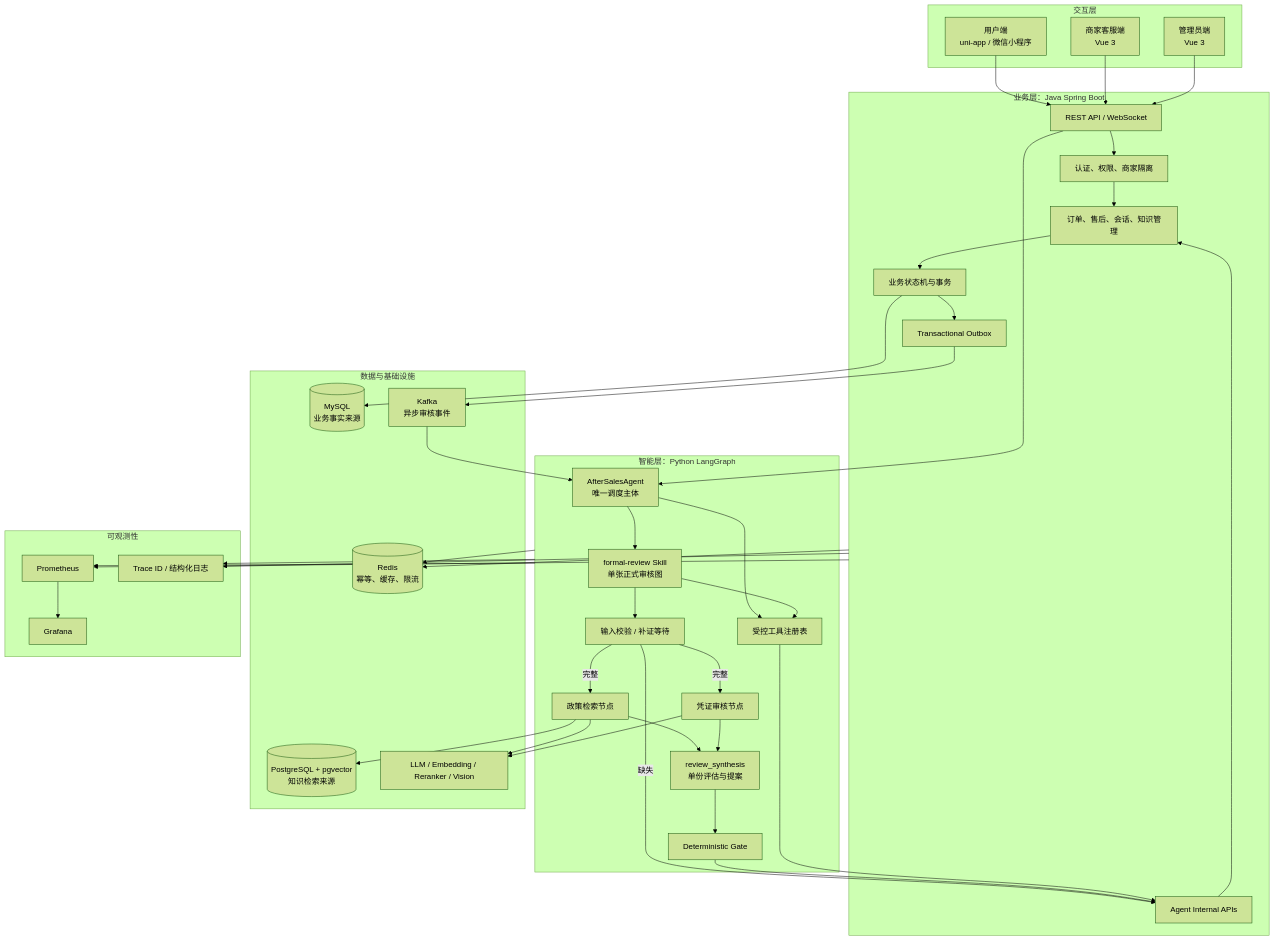
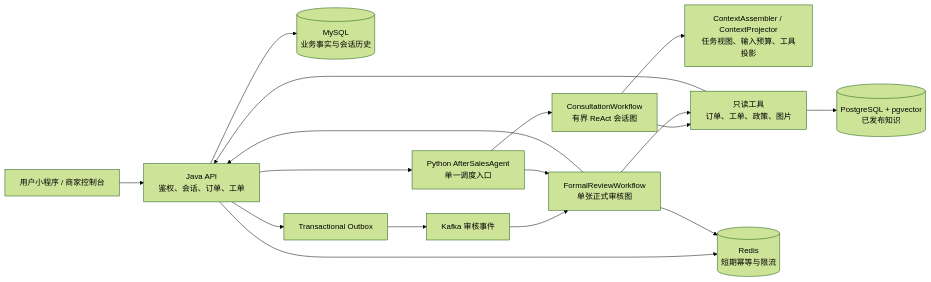
Before and after one commit to yyx758/ecommerce-after-sales-system: the first of 3 diagrams in README.md, drawn with Mermaid (forest theme). The commit also changed other lines of this file and 96 other files, not shown here.

Commit message:
feat: activate after-sales context engineering

````diff
--- a/README.md
+++ b/README.md
@@ -15,73 +7,17 @@
 ```mermaid
-flowchart TB
-    subgraph Client["交互层"]
-        U["用户端<br/>uni-app / 微信小程序"]
-        S["商家客服端<br/>Vue 3"]
-        O["管理员端<br/>Vue 3"]
-    end
-
-    subgraph Java["业务层：Java Spring Boot"]
-        API["REST API / WebSocket"]
-        AUTH["认证、权限、商家隔离"]
-        BIZ["订单、售后、会话、知识管理"]
-        FSM["业务状态机与事务"]
-        IAPI["Agent Internal APIs"]
-        OUTBOX["Transactional Outbox"]
-    end
-
-    subgraph Agent["智能层：Python LangGraph"]
-        CHAT["AfterSalesAgent<br/>唯一调度主体"]
-        REVIEW["formal-review Skill<br/>单张正式审核图"]
-        INPUT["输入校验 / 补证等待"]
-        POLICY["政策检索节点"]
-        EVIDENCE["凭证审核节点"]
-        MERGE["review_synthesis<br/>单份评估与提案"]
-        GATE["Deterministic Gate"]
-        TOOL["受控工具注册表"]
-    end
-
-    subgraph Data["数据与基础设施"]
-        MYSQL[("MySQL<br/>业务事实来源")]
-        PG[("PostgreSQL + pgvector<br/>知识检索来源")]
-        REDIS[("Redis<br/>幂等、缓存、限流")]
-        KAFKA["Kafka<br/>异步审核事件"]
-        MODEL["LLM / Embedding / Reranker / Vision"]
-    end
-
-    subgraph Observe["可观测性"]
-        METRICS["Prometheus"]
-        DASH["Grafana"]
-        TRACE["Trace ID / 结构化日志"]
-    end
-
-    U --> API
-    S --> API
-    O --> API
-    API --> AUTH --> BIZ --> FSM
-    FSM --> MYSQL
-    FSM --> OUTBOX --> KAFKA
-    API --> CHAT
-    KAFKA --> CHAT
-    CHAT --> REVIEW
-    REVIEW --> INPUT
-    INPUT -->|完整| POLICY
-    INPUT -->|完整| EVIDENCE
-    INPUT -->|缺失| IAPI
-    POLICY --> MERGE
-    EVIDENCE --> MERGE
-    MERGE --> GATE
-    GATE --> IAPI
-    POLICY --> PG
-    POLICY --> MODEL
-    EVIDENCE --> MODEL
-    CHAT --> TOOL
-    REVIEW --> TOOL
-    TOOL --> IAPI --> BIZ
-    Java --> REDIS
-    Agent --> REDIS
-    Java --> METRICS
-    Agent --> METRICS
-    METRICS --> DASH
-    Java --> TRACE
-    Agent --> TRACE
+flowchart LR
+    U["用户小程序 / 商家控制台"] --> J["Java API<br/>鉴权、会话、订单、工单"]
+    J --> M[("MySQL<br/>业务事实与会话历史")]
+    J --> A["Python AfterSalesAgent<br/>单一调度入口"]
+    A --> C["ConsultationWorkflow<br/>有界 ReAct 会话图"]
+    C --> X["ContextAssembler / ContextProjector<br/>任务视图、输入预算、工具投影"]
+    C --> T["只读工具<br/>订单、工单、政策、图片"]
+    T --> J
+    T --> P[("PostgreSQL + pgvector<br/>已发布知识")]
+    J --> O["Transactional Outbox"] --> K["Kafka 审核事件"] --> R["FormalReviewWorkflow<br/>单张正式审核图"]
+    A --> R
+    R --> T
+    R --> J
+    J --> D[("Redis<br/>短期幂等与限流")]
+    R --> D
 ```
````
